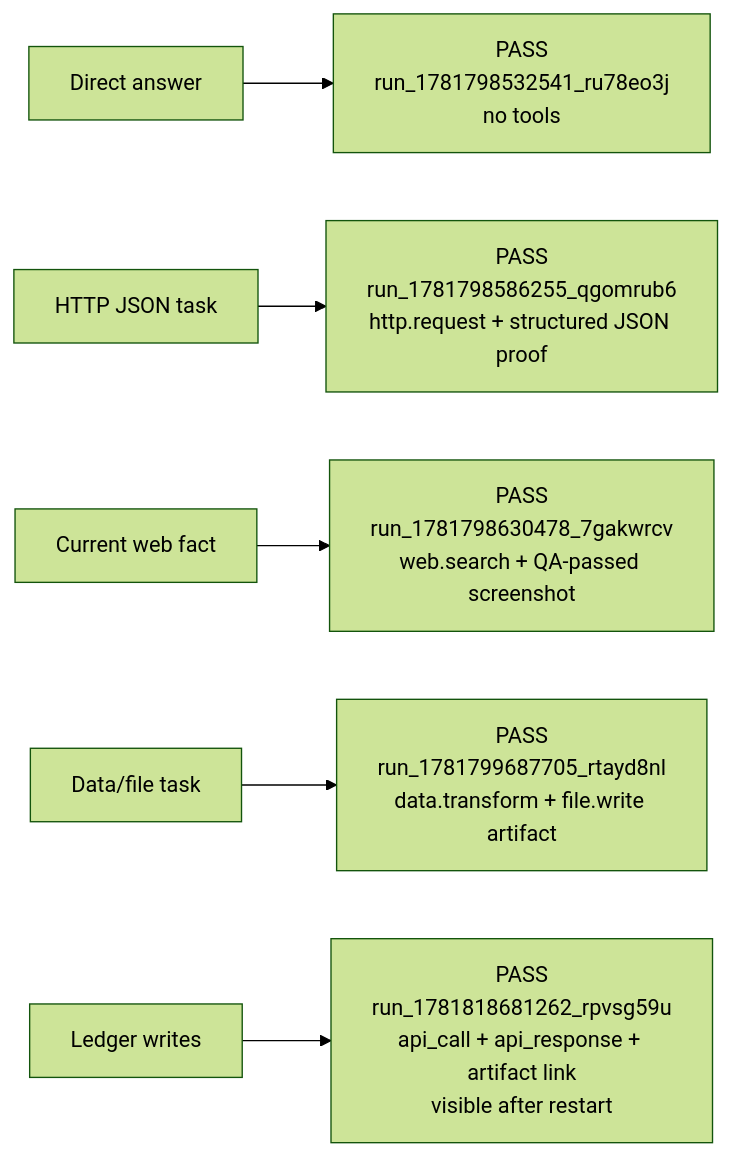
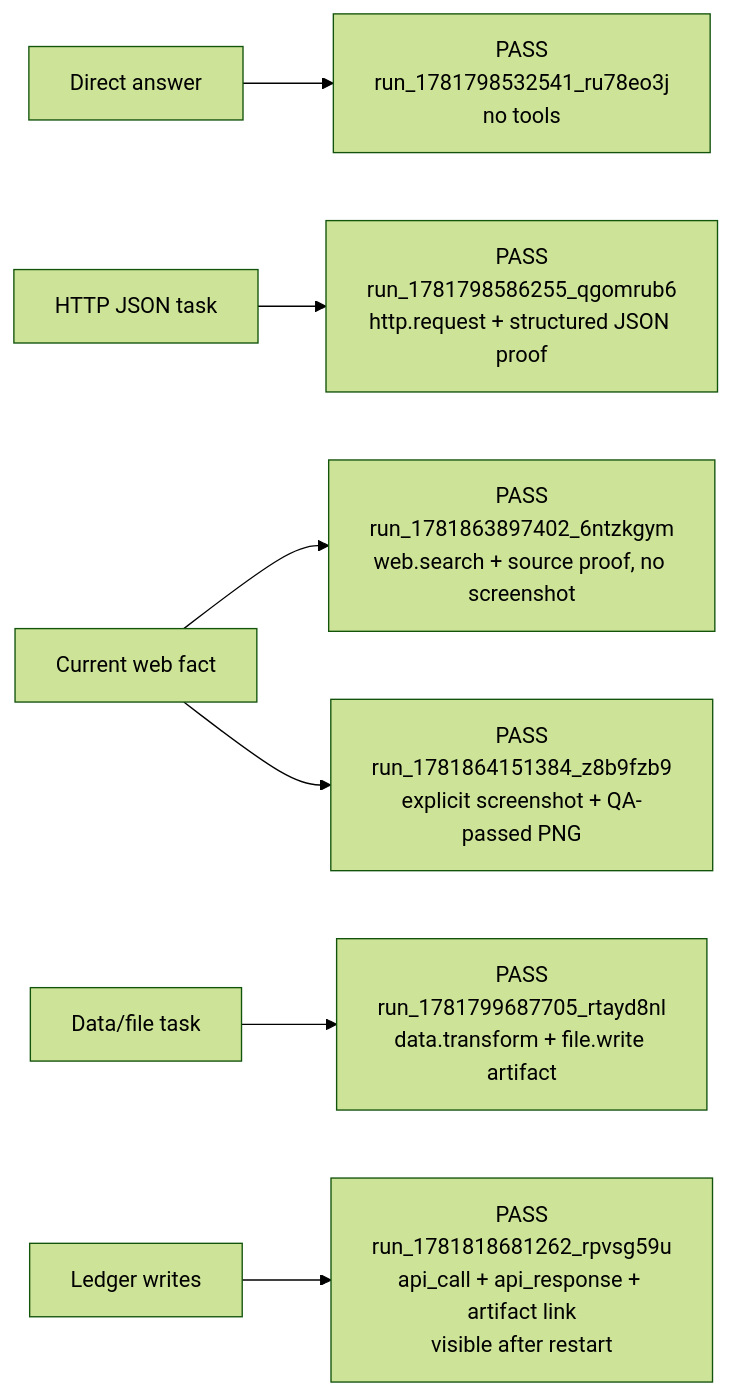
The diagram in docs/agent-handoff.md (ruler47/agentic), drawn with Mermaid (forest theme) before and after one commit. The commit also changed other lines of this file and 10 other files, not shown here.

Commit message:
Complete simple current web run fast path

````diff
--- a/docs/agent-handoff.md
+++ b/docs/agent-handoff.md
@@ -47,8 +48,9 @@
 ```mermaid
 flowchart LR
   A["Direct answer"] --> A1["PASS\nrun_1781798532541_ru78eo3j\nno tools"]
   B["HTTP JSON task"] --> B1["PASS\nrun_1781798586255_qgomrub6\nhttp.request + structured JSON proof"]
-  C["Current web fact"] --> C1["PASS\nrun_1781798630478_7gakwrcv\nweb.search + QA-passed screenshot"]
+  C["Current web fact"] --> C1["PASS\nrun_1781863897402_6ntzkgym\nweb.search + source proof, no screenshot"]
+  C --> C2["PASS\nrun_1781864151384_z8b9fzb9\nexplicit screenshot + QA-passed PNG"]
   D["Data/file task"] --> D1["PASS\nrun_1781799687705_rtayd8nl\ndata.transform + file.write artifact"]
   E["Ledger writes"] --> E1["PASS\nrun_1781818681262_rpvsg59u\napi_call + api_response + artifact link\nvisible after restart"]
 ```
````
